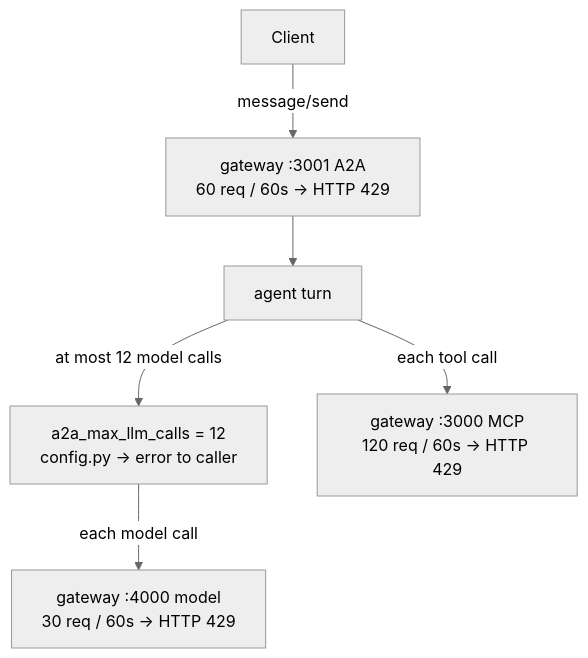
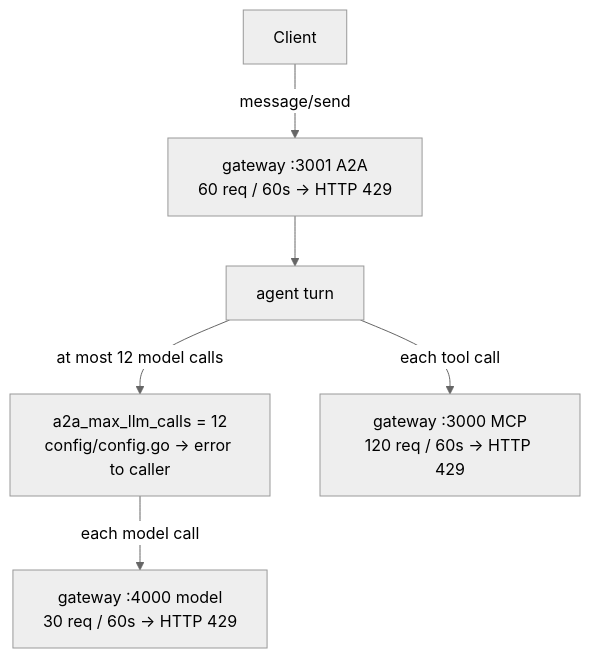
The first of 2 diagrams in content/7. Observability/7.3. Costs.md (LuiGGi629/agentops-open-course), drawn with Mermaid (neutral theme) before and after one commit. The commit also changed other lines of this file and 87 other files, not shown here.

````diff
--- a/content/7. Observability/7.3. Costs.md
+++ b/content/7. Observability/7.3. Costs.md
@@ -72,8 +72,8 @@
 ```mermaid
 flowchart TD
   Client[Client] -->|message/send| A2A["gateway :3001 A2A<br/>60 req / 60s → HTTP 429"]
   A2A --> Agent[agent turn]
-  Agent -->|at most 12 model calls| Cap["a2a_max_llm_calls = 12<br/>config.py → error to caller"]
+  Agent -->|at most 12 model calls| Cap["a2a_max_llm_calls = 12<br/>config/config.go → error to caller"]
   Cap -->|each model call| LLM["gateway :4000 model<br/>30 req / 60s → HTTP 429"]
   Agent -->|each tool call| MCP["gateway :3000 MCP<br/>120 req / 60s → HTTP 429"]
 ```
````
